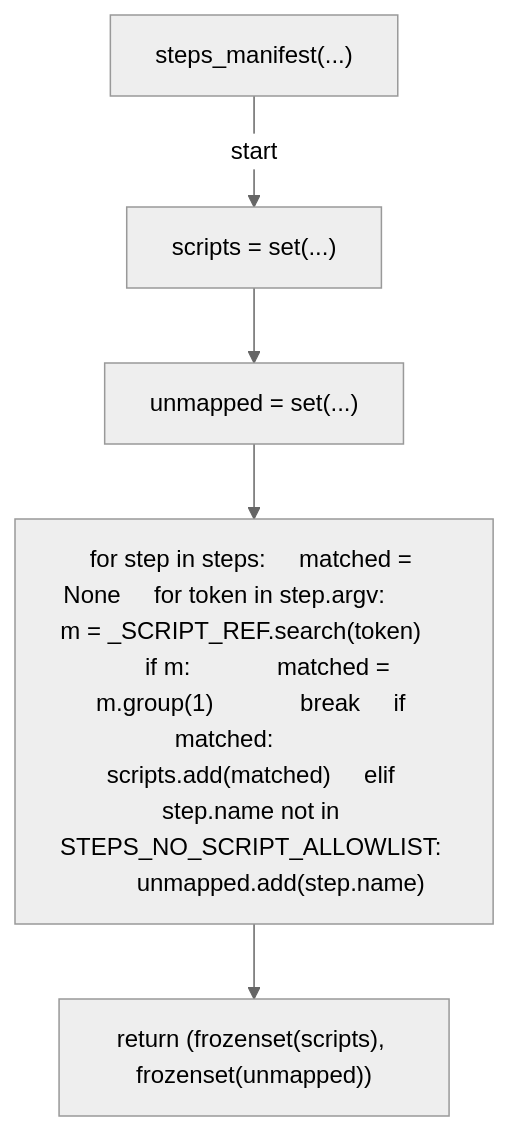
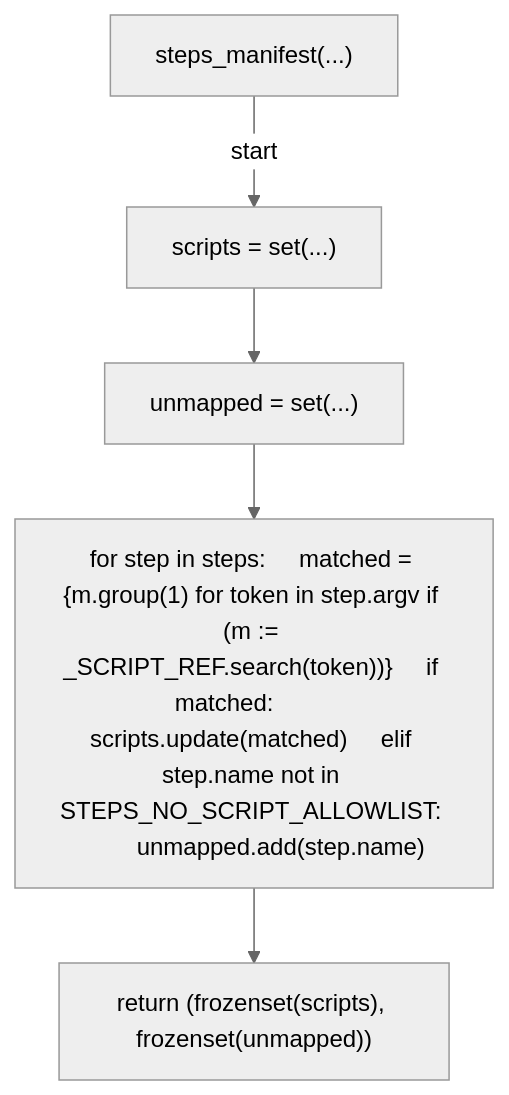
One commit to tvna/claude-md changed the eighth of 24 diagrams in docs/generated/scripts/ast/scan_ssot_drift.md. Above: the diagram before and after it, drawn with Mermaid (neutral theme). The commit also changed other lines of this file and 12 other files, not shown here.

First line of the commit message:
docs(generated): regenerate decision tree and workflow diagrams

````diff
--- a/docs/generated/scripts/ast/scan_ssot_drift.md
+++ b/docs/generated/scripts/ast/scan_ssot_drift.md
@@ -90,12 +90,12 @@
 ```mermaid
 flowchart TD
     N001["steps_manifest(...)"]
     N002["scripts = set(...)"]
     N003["unmapped = set(...)"]
-    N004["for step in steps:     matched = None     for token in step.argv:         m = _SCRIPT_REF.search(token)         if m:             matched = m.group(1)             break     if matched:         scripts.add(matched)     elif step.name not in STEPS_NO_SCRIPT_ALLOWLIST:         unmapped.add(step.name)"]
+    N004["for step in steps:     matched = {m.group(1) for token in step.argv if (m := _SCRIPT_REF.search(token))}     if matched:         scripts.update(matched)     elif step.name not in STEPS_NO_SCRIPT_ALLOWLIST:         unmapped.add(step.name)"]
     N005["return (frozenset(scripts), frozenset(unmapped))"]
     N001 -->|"start"| N002
     N002 --> N003
     N003 --> N004
     N004 --> N005
 ```
````
